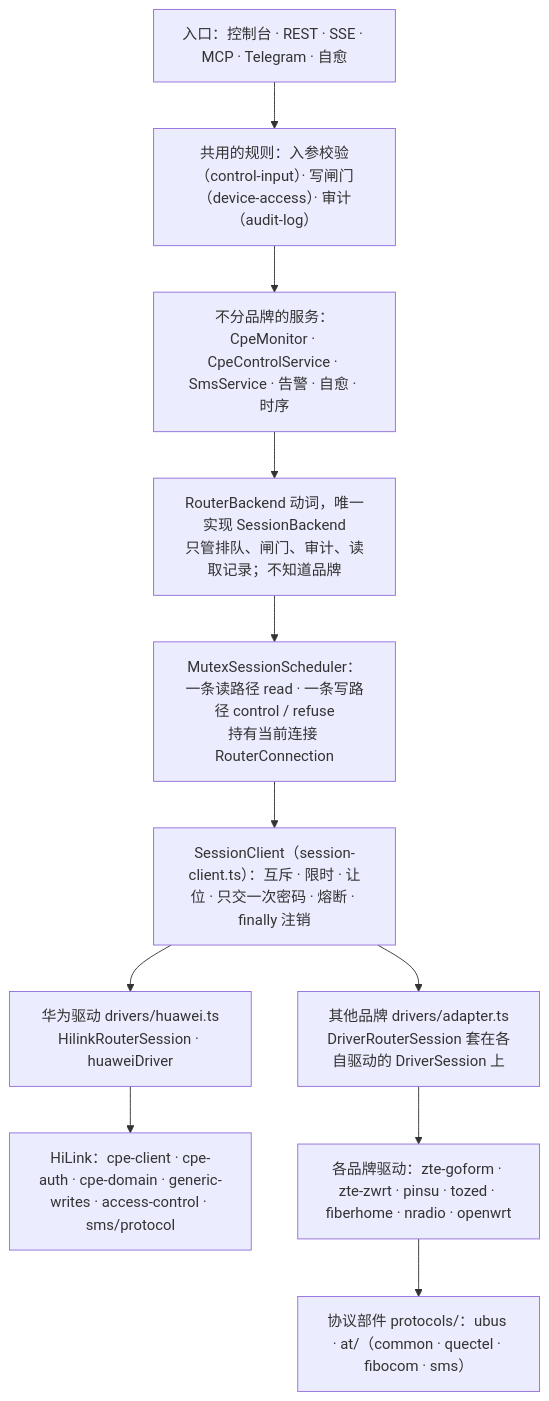
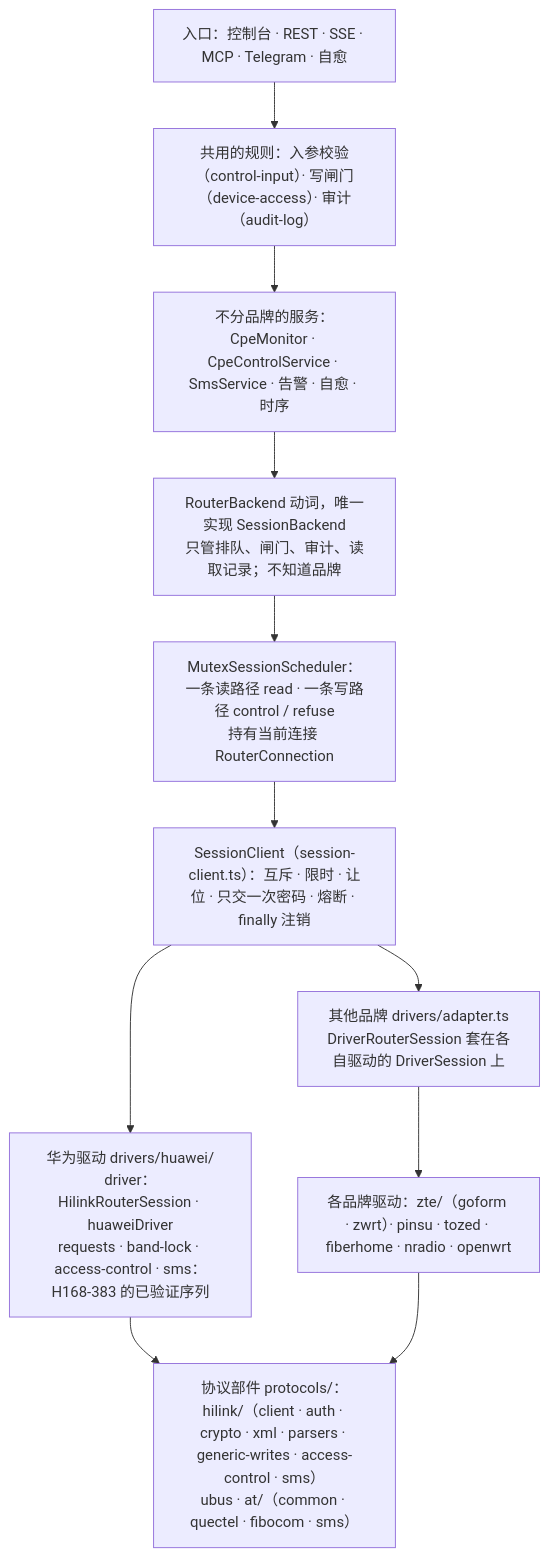
The fourth of 4 diagrams in docs/dev/architecture.md (cky008/cpe-dash), drawn with Mermaid before and after one commit. The commit also changed other lines of this file and 2 other files, not shown here.

````diff
--- a/docs/dev/architecture.md
+++ b/docs/dev/architecture.md
@@ -556,13 +556,13 @@
 ```mermaid
 flowchart TD
     E["入口：控制台 · REST · SSE · MCP · Telegram · 自愈"] --> R["共用的规则：入参校验（control-input）· 写闸门（device-access）· 审计（audit-log）"]
     R --> S["不分品牌的服务：CpeMonitor · CpeControlService · SmsService · 告警 · 自愈 · 时序"]
     S --> B["RouterBackend 动词，唯一实现 SessionBackend<br/>只管排队、闸门、审计、读取记录；不知道品牌"]
     B --> Q["MutexSessionScheduler：一条读路径 read · 一条写路径 control / refuse<br/>持有当前连接 RouterConnection"]
     Q --> C["SessionClient（session-client.ts）：互斥 · 限时 · 让位 · 只交一次密码 · 熔断 · finally 注销"]
-    C --> D1["华为驱动 drivers/huawei.ts<br/>HilinkRouterSession · huaweiDriver"]
+    C --> D1["华为驱动 drivers/huawei/<br/>driver：HilinkRouterSession · huaweiDriver<br/>requests · band-lock · access-control · sms：H168-383 的已验证序列"]
     C --> D2["其他品牌 drivers/adapter.ts<br/>DriverRouterSession 套在各自驱动的 DriverSession 上"]
-    D1 --> P1["HiLink：cpe-client · cpe-auth · cpe-domain · generic-writes · access-control · sms/protocol"]
-    D2 --> P2["各品牌驱动：zte-goform · zte-zwrt · pinsu · tozed · fiberhome · nradio · openwrt"]
-    P2 --> K["协议部件 protocols/：ubus · at/（common · quectel · fibocom · sms）"]
+    D2 --> P2["各品牌驱动：zte/（goform · zwrt）· pinsu · tozed · fiberhome · nradio · openwrt"]
+    D1 --> K["协议部件 protocols/：hilink/（client · auth · crypto · xml · parsers · generic-writes · access-control · sms）<br/>ubus · at/（common · quectel · fibocom · sms）"]
+    P2 --> K
 ```
````
